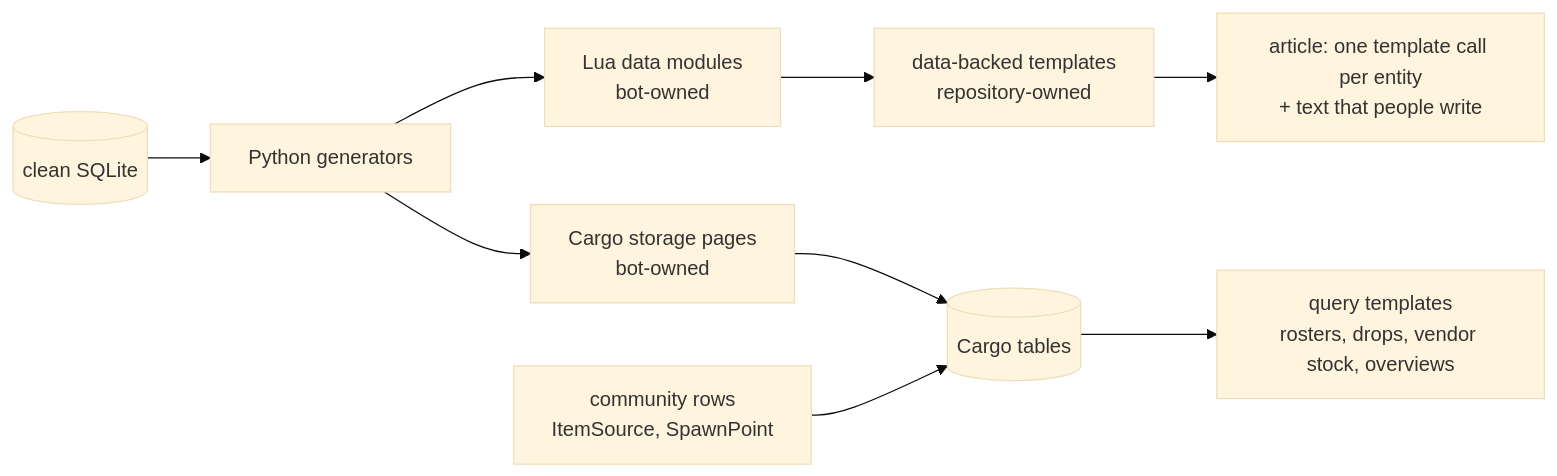
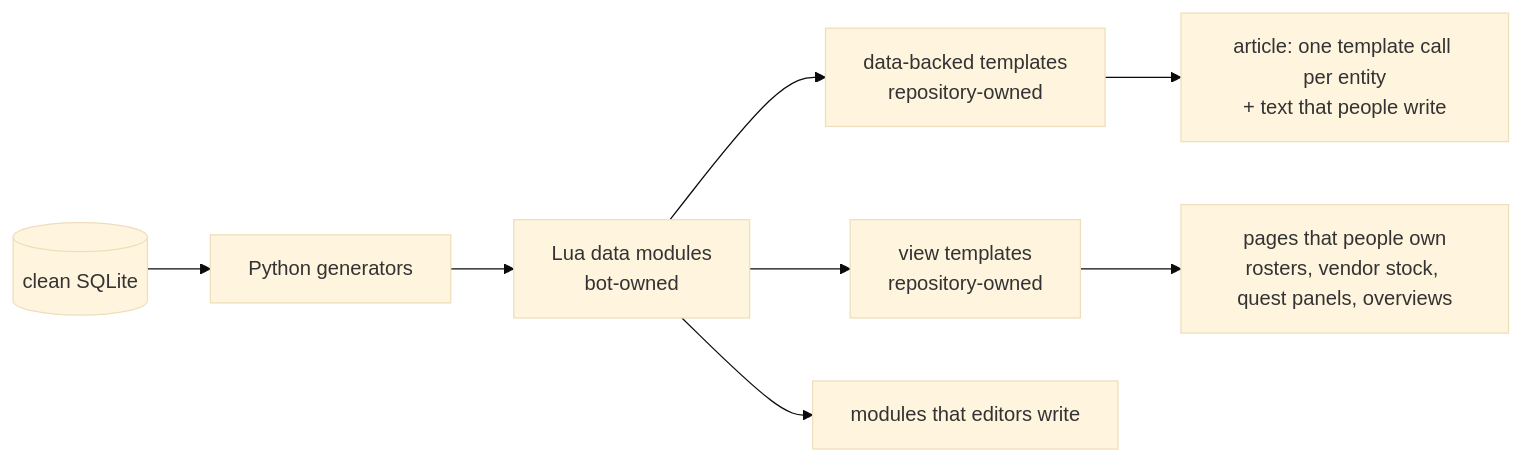
One commit to glockyco/erenshor-data-mining changed the diagram in openspec/changes/adopt-data-backed-wiki/design.md. Above: the diagram before and after it, drawn with Mermaid (base theme). The commit also changed other lines of this file and 15 other files, not shown here.

````diff
--- a/openspec/changes/adopt-data-backed-wiki/design.md
+++ b/openspec/changes/adopt-data-backed-wiki/design.md
@@ -30,11 +30,10 @@
 ```mermaid
 flowchart LR
   DB[(clean SQLite)] --> PY[Python generators]
   PY --> MOD[Lua data modules<br/>bot-owned]
-  PY --> STO[Cargo storage pages<br/>bot-owned]
   MOD --> TPL[data-backed templates<br/>repository-owned]
+  MOD --> VIEW[view templates<br/>repository-owned]
   TPL --> ART[article: one template call per entity<br/>+ text that people write]
-  STO --> CARGO[(Cargo tables)]
-  COM[community rows<br/>ItemSource, SpawnPoint] --> CARGO
-  CARGO --> QT[query templates<br/>rosters, drops, vendor stock, overviews]
+  VIEW --> PAGES[pages that people own<br/>rosters, vendor stock, quest panels, overviews]
+  MOD --> OWN[modules that editors write]
 ```
````
